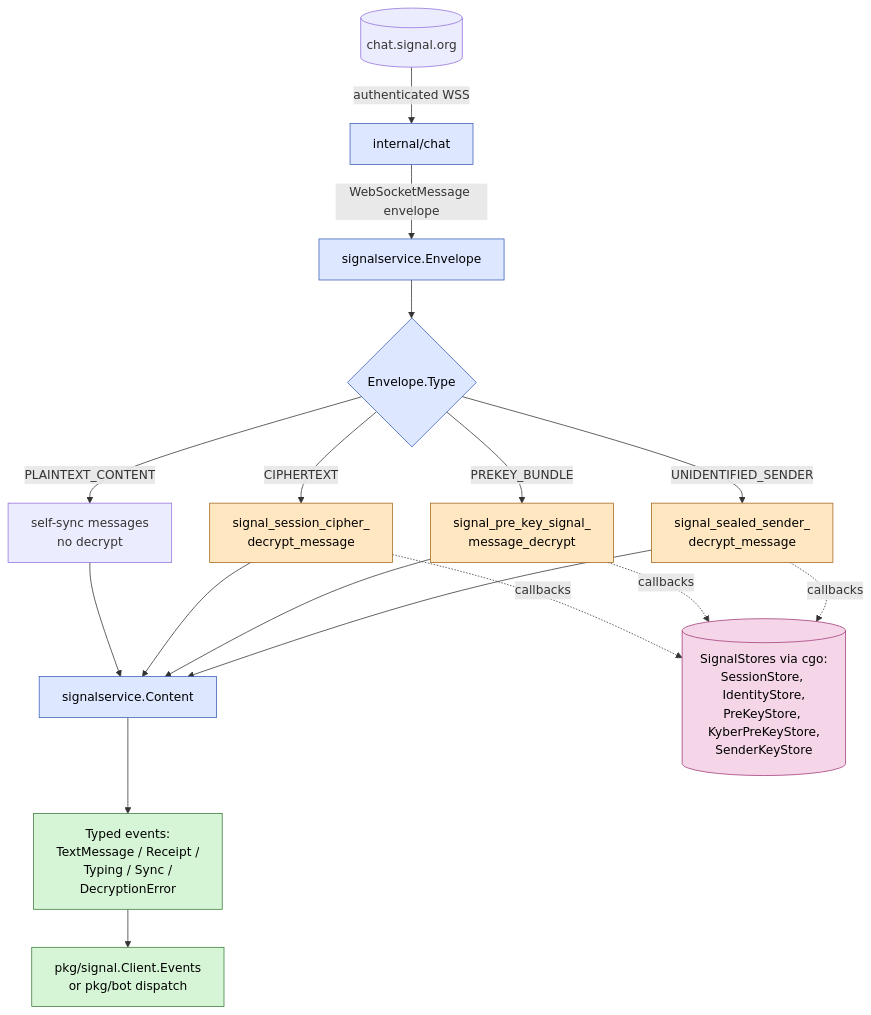
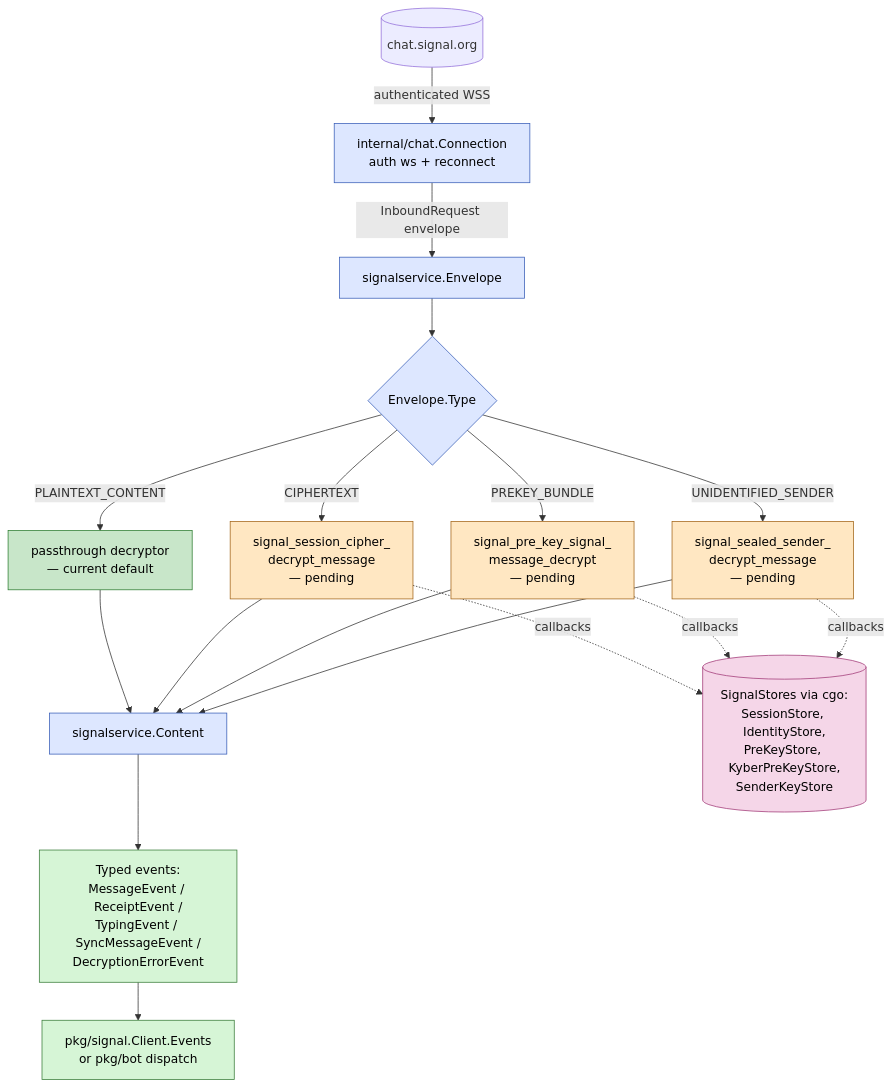
The diagram in docs/diagrams/receive-pipeline.md (thehappydinoa/signal-go), drawn with Mermaid before and after one commit. The commit also changed other lines of this file and 12 other files, not shown here.

First line of the commit message:
Phase 3: authenticated receive pipeline (connection + dispatch + events)

````diff
--- a/docs/diagrams/receive-pipeline.md
+++ b/docs/diagrams/receive-pipeline.md
@@ -8,48 +9,50 @@
 ```mermaid
 flowchart TB
     server[(chat.signal.org)]
-    chat[internal/chat]
+    chat[internal/chat.Connection<br/>auth ws + reconnect]
     env[signalservice.Envelope]
     dispatch{Envelope.Type}
 
-    sealed[signal_sealed_sender_<br/>decrypt_message]
-    prekey[signal_pre_key_signal_<br/>message_decrypt]
-    session[signal_session_cipher_<br/>decrypt_message]
-    skip[self-sync messages<br/>no decrypt]
+    sealed[signal_sealed_sender_<br/>decrypt_message<br/>— pending]
+    prekey[signal_pre_key_signal_<br/>message_decrypt<br/>— pending]
+    session[signal_session_cipher_<br/>decrypt_message<br/>— pending]
+    pass[passthrough decryptor<br/>— current default]
 
     content[signalservice.Content]
-    events[Typed events:<br/>TextMessage / Receipt /<br/>Typing / Sync /<br/>DecryptionError]
+    events[Typed events:<br/>MessageEvent / ReceiptEvent /<br/>TypingEvent / SyncMessageEvent /<br/>DecryptionErrorEvent]
     consumer[pkg/signal.Client.Events<br/>or pkg/bot dispatch]
 
     stores[(SignalStores via cgo:<br/>SessionStore, IdentityStore,<br/>PreKeyStore, KyberPreKeyStore,<br/>SenderKeyStore)]
 
     server -->|authenticated WSS| chat
-    chat -->|WebSocketMessage envelope| env
+    chat -->|InboundRequest envelope| env
     env --> dispatch
 
     dispatch -->|UNIDENTIFIED_SENDER| sealed
     dispatch -->|PREKEY_BUNDLE| prekey
     dispatch -->|CIPHERTEXT| session
-    dispatch -->|PLAINTEXT_CONTENT| skip
+    dispatch -->|PLAINTEXT_CONTENT| pass
 
     sealed --> content
     prekey --> content
     session --> content
-    skip --> content
+    pass --> content
 
     content --> events
     events --> consumer
 
     sealed -. callbacks .-> stores
     prekey -. callbacks .-> stores
     session -. callbacks .-> stores
 
     classDef proto fill:#dde7ff,stroke:#3a5fb8,color:#000;
     classDef cry fill:#ffe7c2,stroke:#a3661a,color:#000;
     classDef per fill:#f5d6e8,stroke:#a13a78,color:#000;
     classDef pub fill:#d6f5d6,stroke:#3a7d3a,color:#000;
+    classDef done fill:#c8e6c9,stroke:#2e7d32,color:#000;
     class chat,env,dispatch,content proto;
     class sealed,prekey,session cry;
     class stores per;
     class events,consumer pub;
+    class pass done;
 ```
````
